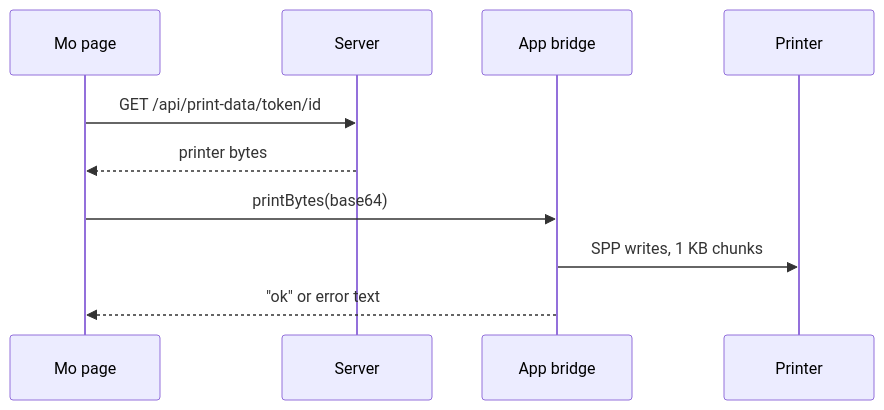
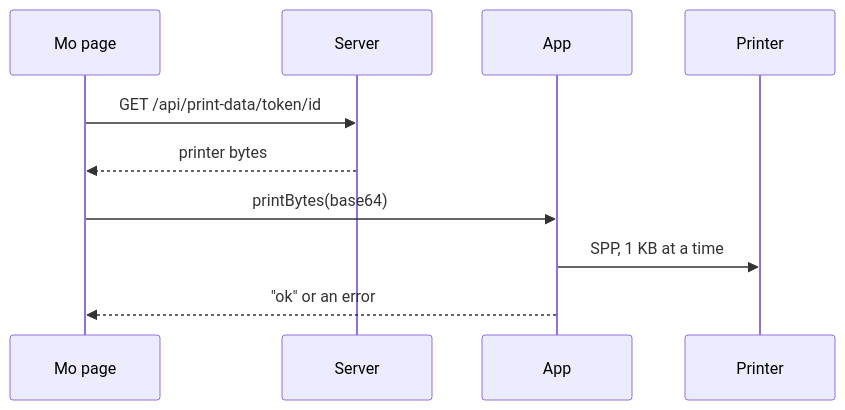
Before and after one commit to mo-mobile/mo-mobile: the second of 2 diagrams in docs/PHONE_PRINTING.md, drawn with Mermaid. The commit also changed other lines of this file and 7 other files, not shown here.

````diff
--- a/docs/PHONE_PRINTING.md
+++ b/docs/PHONE_PRINTING.md
@@ -181,12 +159,12 @@
 ```mermaid
 sequenceDiagram
     participant P as Mo page
     participant S as Server
-    participant A as App bridge
+    participant A as App
     participant R as Printer
     P->>S: GET /api/print-data/token/id
     S-->>P: printer bytes
     P->>A: printBytes(base64)
-    A->>R: SPP writes, 1 KB chunks
-    A-->>P: "ok" or error text
+    A->>R: SPP, 1 KB at a time
+    A-->>P: "ok" or an error
 ```
````
